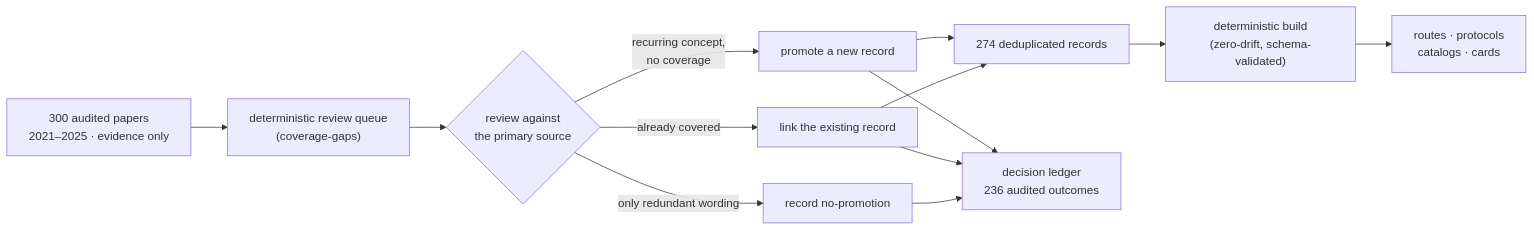
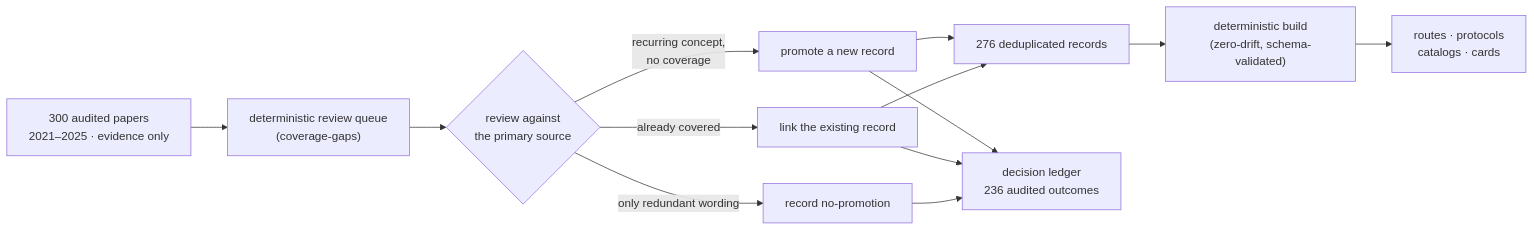
Before and after one commit to asimfish/super_library: the second of 2 diagrams in README.md, drawn with Mermaid. The commit also changed other lines of this file and 48 other files, not shown here.

````diff
--- a/README.md
+++ b/README.md
@@ -132,15 +132,15 @@
 ```mermaid
 flowchart LR
     P["300 audited papers<br/>2021–2025 · evidence only"] --> Q["deterministic review queue<br/>(coverage-gaps)"]
     Q --> R{"review against<br/>the primary source"}
     R -->|"recurring concept,<br/>no coverage"| PROM["promote a new record"]
     R -->|"already covered"| LNK["link the existing record"]
     R -->|"only redundant wording"| NOP["record no-promotion"]
-    PROM --> REC["274 deduplicated records"]
+    PROM --> REC["276 deduplicated records"]
     LNK --> REC
     PROM --> LED["decision ledger<br/>236 audited outcomes"]
     LNK --> LED
     NOP --> LED
     REC --> B["deterministic build<br/>(zero-drift, schema-validated)"]
     B --> A["routes · protocols<br/>catalogs · cards"]
 ```
````
